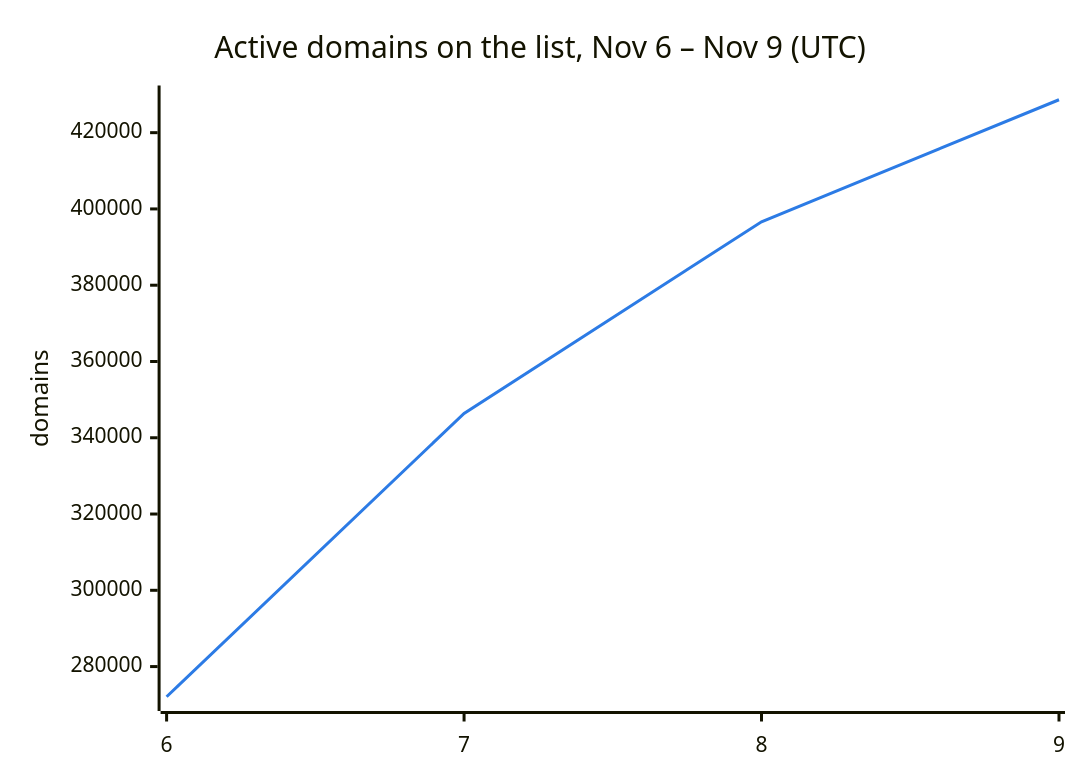
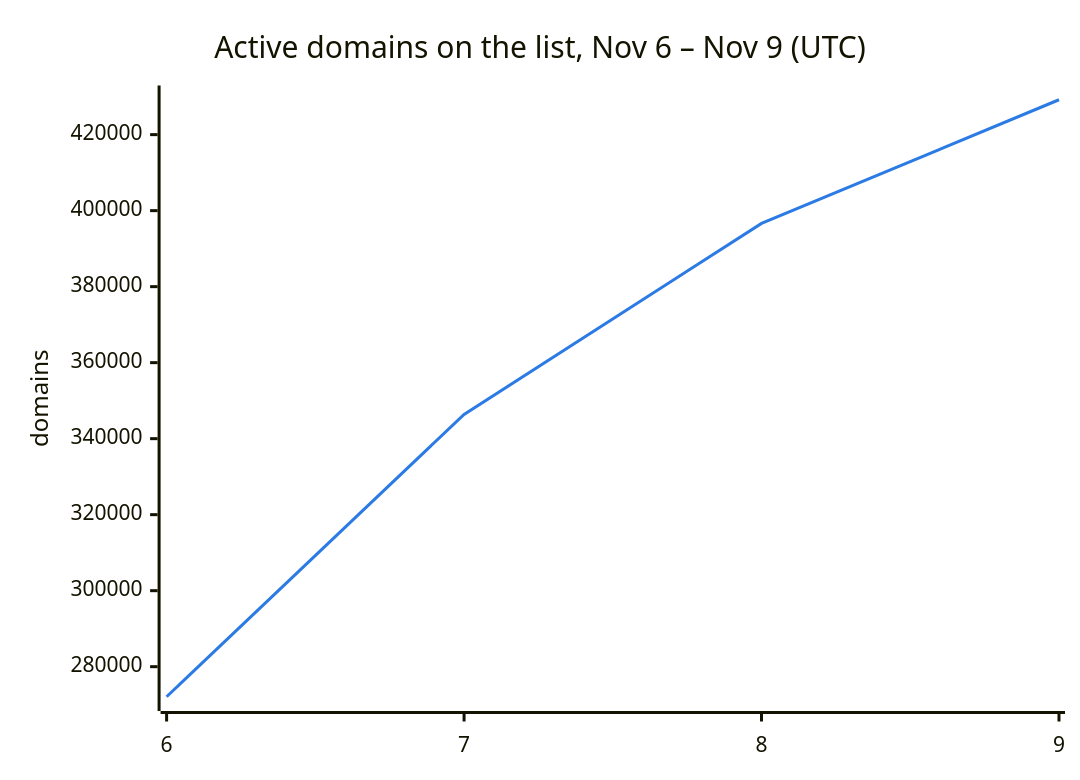
One commit to DNSBunker/CTI changed the second of 3 diagrams in README.md. Above: the diagram before and after it, drawn with Mermaid. The commit also changed other lines of this file and 3 other files, not shown here.

````diff
--- a/README.md
+++ b/README.md
@@ -38,8 +38,8 @@
 ```mermaid
 %%{init: {"themeVariables": {"xyChart": {"plotColorPalette": "#2c7be5"}}}}%%
 xychart-beta
     title "Active domains on the list, Nov 6 – Nov 9 (UTC)"
     x-axis ["6", "7", "8", "9"]
     y-axis "domains"
-    line [272088, 346388, 396638, 428631]
+    line [272088, 346388, 396638, 429179]
 ```
````
